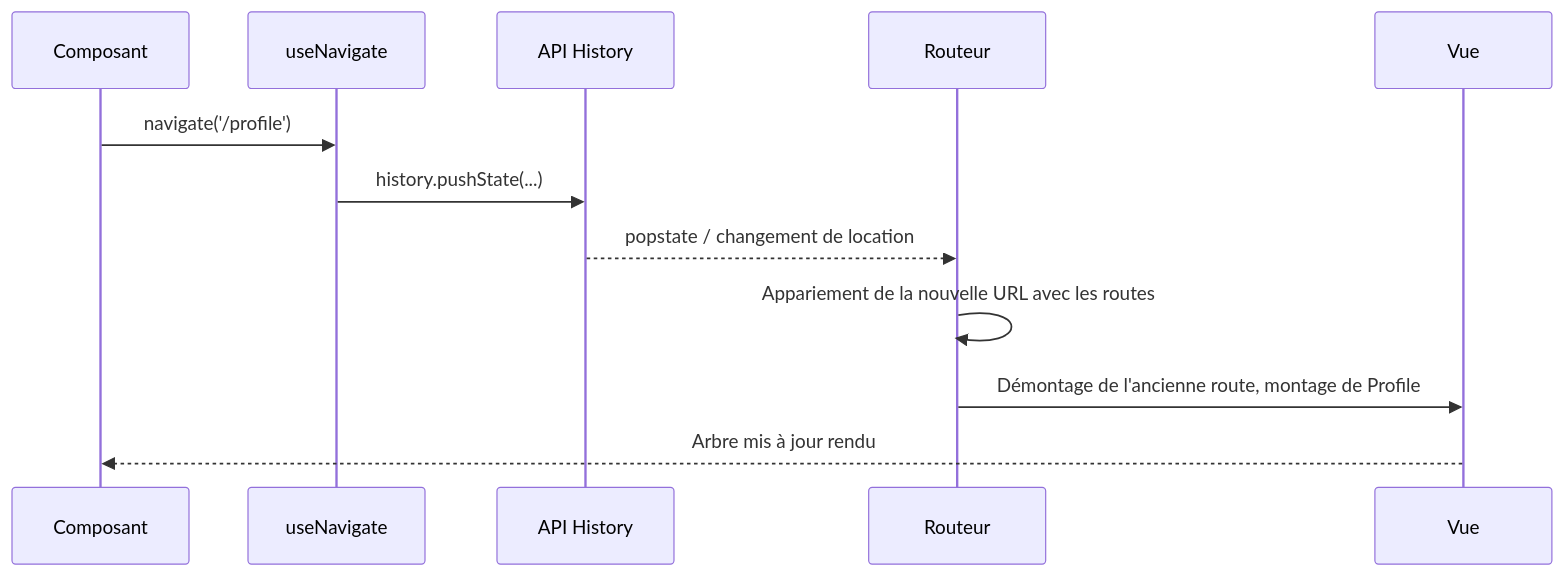
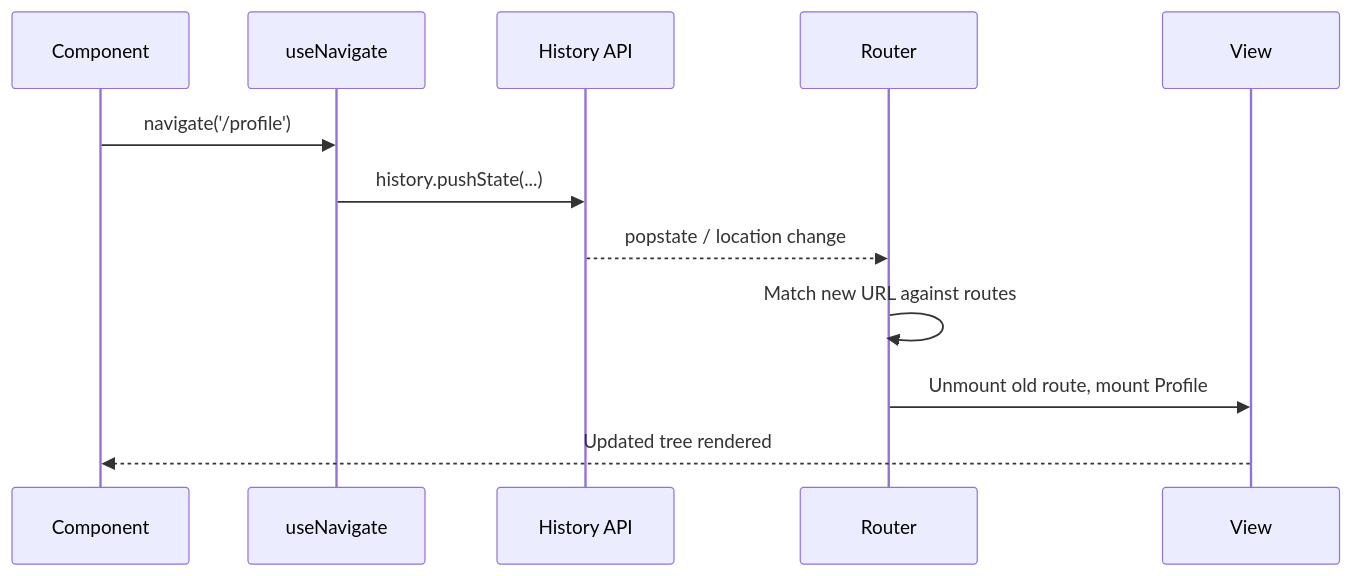
Before and after one commit to BabaScience/react-guides: the fifth of 6 diagrams in arguments/chapters/fr/05-routing.md, drawn with Mermaid. The commit also changed other lines of this file and 29 other files, not shown here.

First line of the commit message:
Bring React FR/IT translations to full English parity + theme-safe diagrams

````diff
--- a/arguments/chapters/fr/05-routing.md
+++ b/arguments/chapters/fr/05-routing.md
@@ -241,15 +1364,15 @@
 ```mermaid
 sequenceDiagram
-    participant C as Composant
+    participant C as Component
     participant N as useNavigate
-    participant H as API History
-    participant R as Routeur
-    participant V as Vue
+    participant H as History API
+    participant R as Router
+    participant V as View
 
     C->>N: navigate('/profile')
     N->>H: history.pushState(...)
-    H-->>R: popstate / changement de location
-    R->>R: Appariement de la nouvelle URL avec les routes
-    R->>V: Démontage de l'ancienne route, montage de Profile
-    V-->>C: Arbre mis à jour rendu
+    H-->>R: popstate / location change
+    R->>R: Match new URL against routes
+    R->>V: Unmount old route, mount Profile
+    V-->>C: Updated tree rendered
 ```
````
